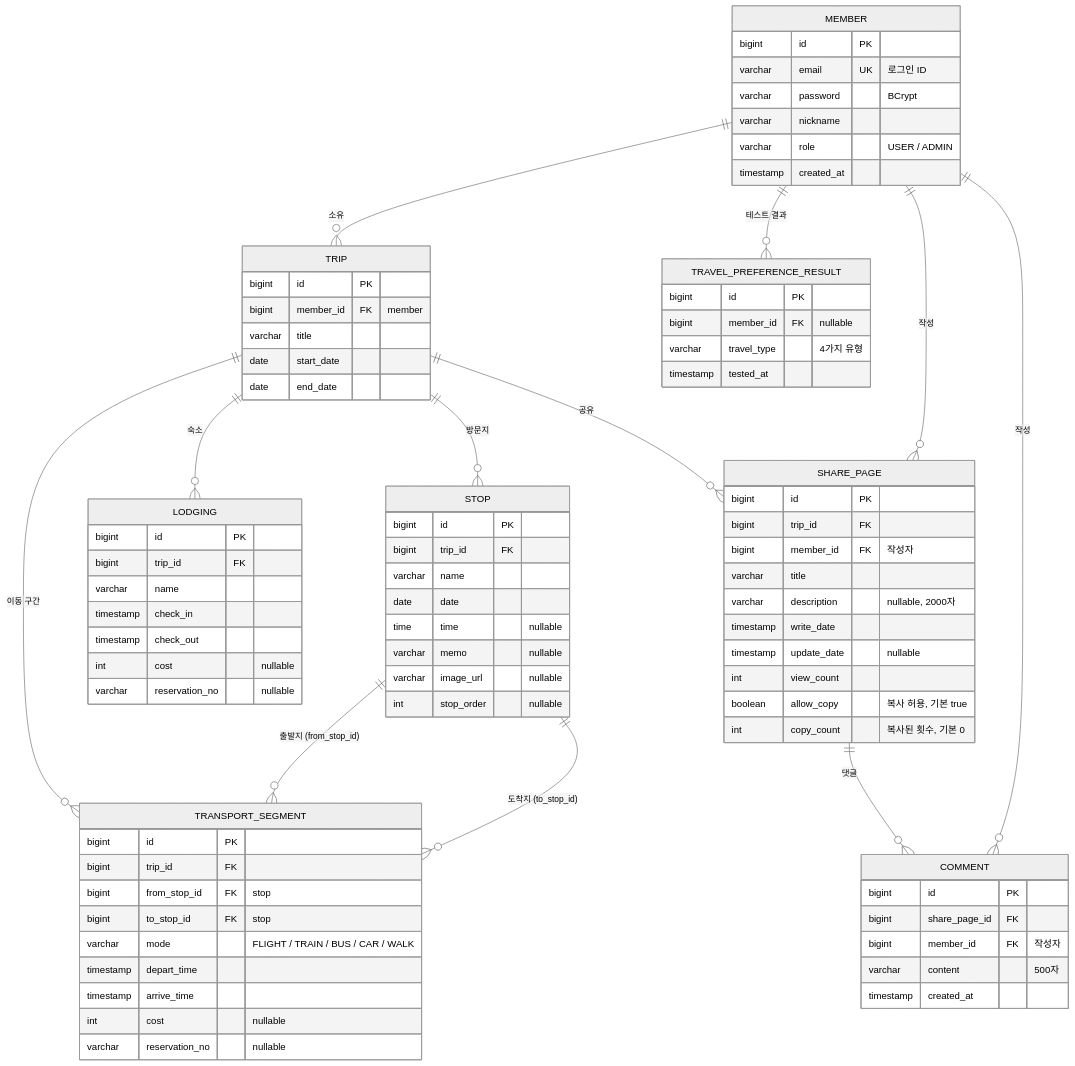
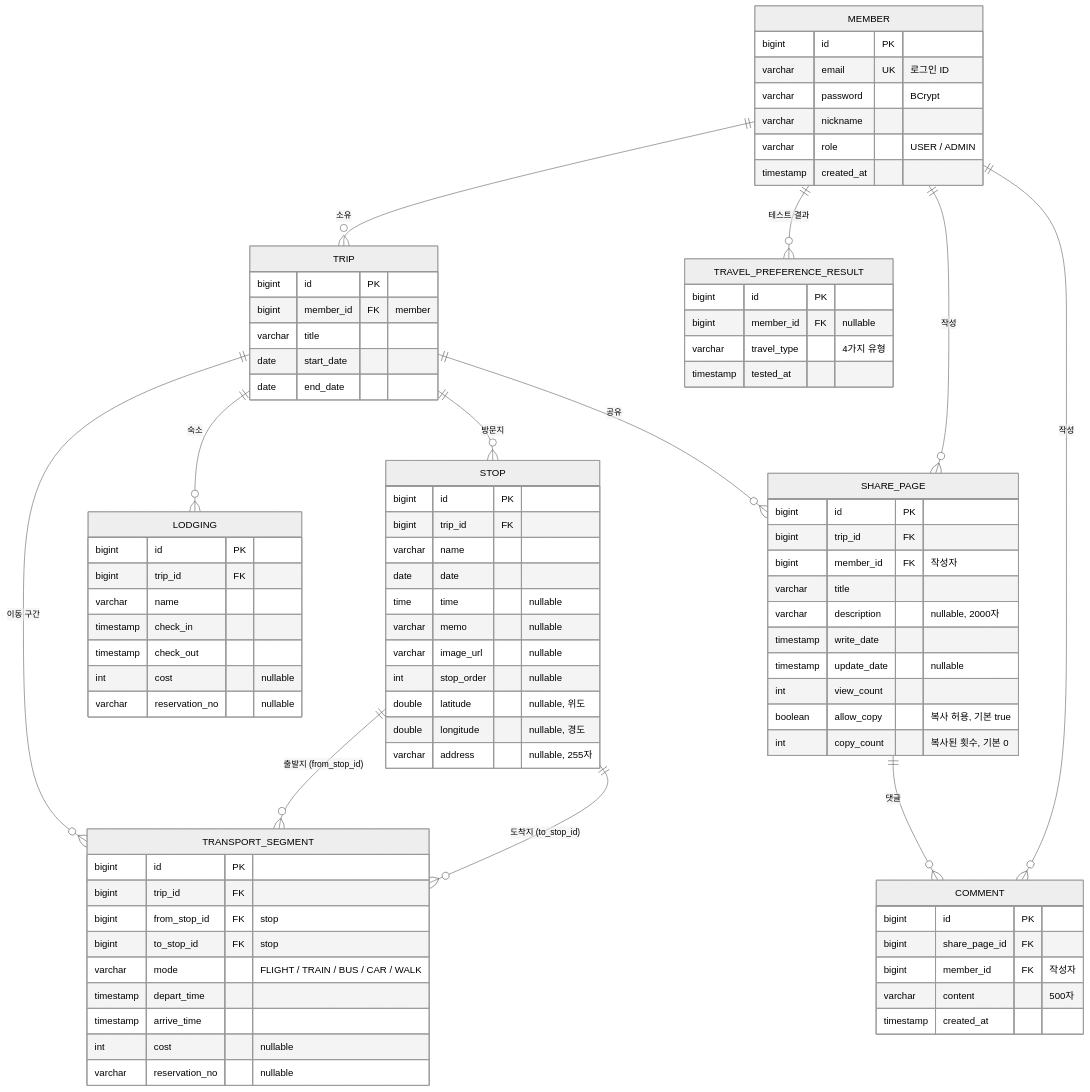
Before and after one commit to yncteamproject/Triplan: the diagram in docs/erd.md, drawn with Mermaid (neutral theme). The commit also changed other lines of this file and 12 other files, not shown here.

```diff
--- a/docs/erd.md
+++ b/docs/erd.md
@@ -41,6 +41,9 @@
         varchar memo "nullable"
         varchar image_url "nullable"
         int stop_order "nullable"
+        double latitude "nullable, 위도"
+        double longitude "nullable, 경도"
+        varchar address "nullable, 255자"
     }
     TRANSPORT_SEGMENT {
         bigint id PK
```
